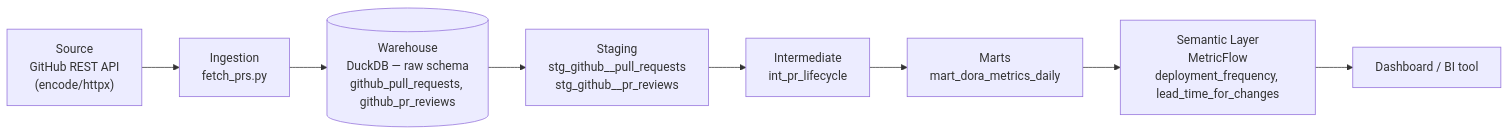
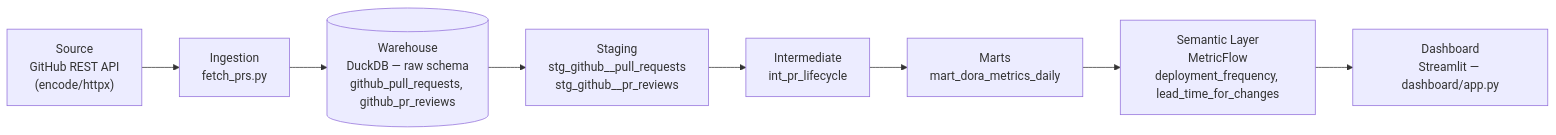
Before and after one commit to pritysapkal/dpi-platform: the diagram in README.md, drawn with Mermaid. The commit also changed other lines of this file and 4 other files, not shown here.

First line of the commit message:
Add Streamlit dashboard reading from DuckDB marts

````diff
--- a/README.md
+++ b/README.md
@@ -15,10 +15,10 @@
 ```mermaid
 flowchart LR
     S["Source<br/>GitHub REST API<br/>(encode/httpx)"] --> I["Ingestion<br/>fetch_prs.py"]
     I --> W[("Warehouse<br/>DuckDB — raw schema<br/>github_pull_requests, github_pr_reviews")]
     W --> ST["Staging<br/>stg_github__pull_requests<br/>stg_github__pr_reviews"]
     ST --> INT["Intermediate<br/>int_pr_lifecycle"]
     INT --> M["Marts<br/>mart_dora_metrics_daily"]
     M --> SEM["Semantic Layer<br/>MetricFlow<br/>deployment_frequency, lead_time_for_changes"]
-    SEM --> DASH["Dashboard / BI tool"]
+    SEM --> DASH["Dashboard<br/>Streamlit — dashboard/app.py"]
 ```
````
